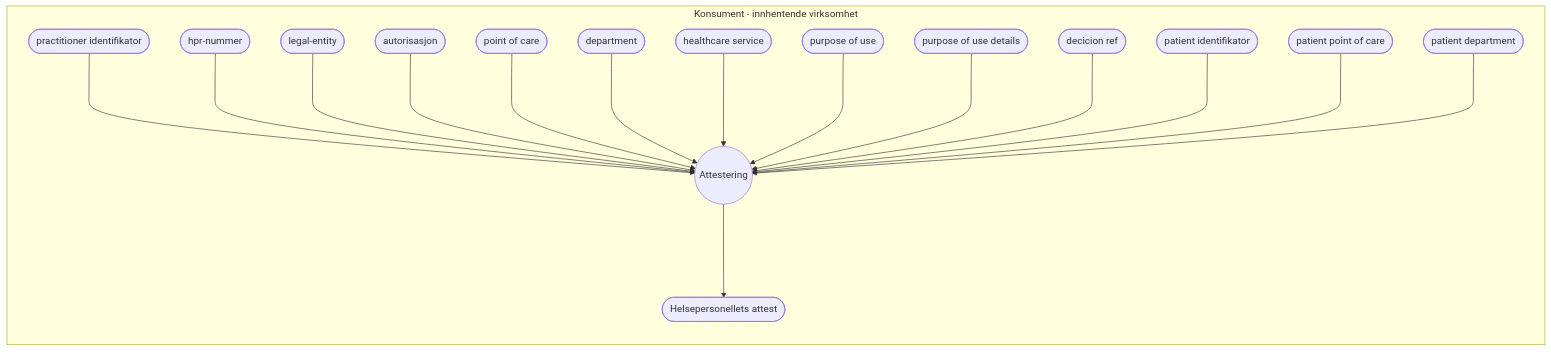
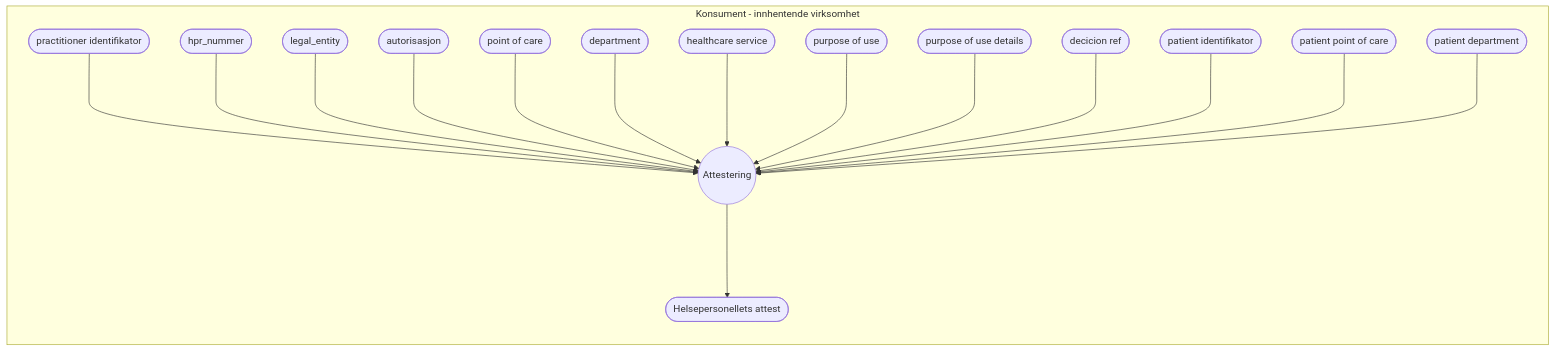
The third of 3 diagrams in specs/informasjons_og_datamodell.md (NorskHelsenett/Tillitsrammeverk), drawn with Mermaid before and after one commit. The commit also changed other lines of this file and 14 other files, not shown here.

````diff
--- a/specs/informasjons_og_datamodell.md
+++ b/specs/informasjons_og_datamodell.md
@@ -298,40 +299,40 @@
 ```mermaid
 
 flowchart TB
 subgraph Konsument - innhentende virksomhet
 	direction LR
 		pid([practitioner identifikator])
-		hprid([hpr-nummer])		
-		legalEntity([legal-entity])
+		hprid([hpr_nummer])		
+		legalEntity([legal_entity])
 		authorization([autorisasjon])
 		poc([point of care])
 		department([department])
 		hcs([healthcare service])
 		pou([purpose of use])
 		poud([purpose of use details])
 		dec([decicion ref])
 		pat_id([patient identifikator])
 		pat_poc([patient point of care])
 		pat_dep([patient department])
 	direction TB
 		consumer_attestation((Attestering))
 		hp_attest([Helsepersonellets attest])
 	
 	pid--->consumer_attestation
 	hprid--->consumer_attestation
 	legalEntity--->consumer_attestation
 	authorization--->consumer_attestation
 	poc--->consumer_attestation
 	department--->consumer_attestation
 	hcs--->consumer_attestation
 	pou--->consumer_attestation
 	poud--->consumer_attestation
 	dec--->consumer_attestation
 	pat_id--->consumer_attestation
 	pat_poc--->consumer_attestation
 	pat_dep--->consumer_attestation
 
 	consumer_attestation--->hp_attest
 
 end
 ```
````
